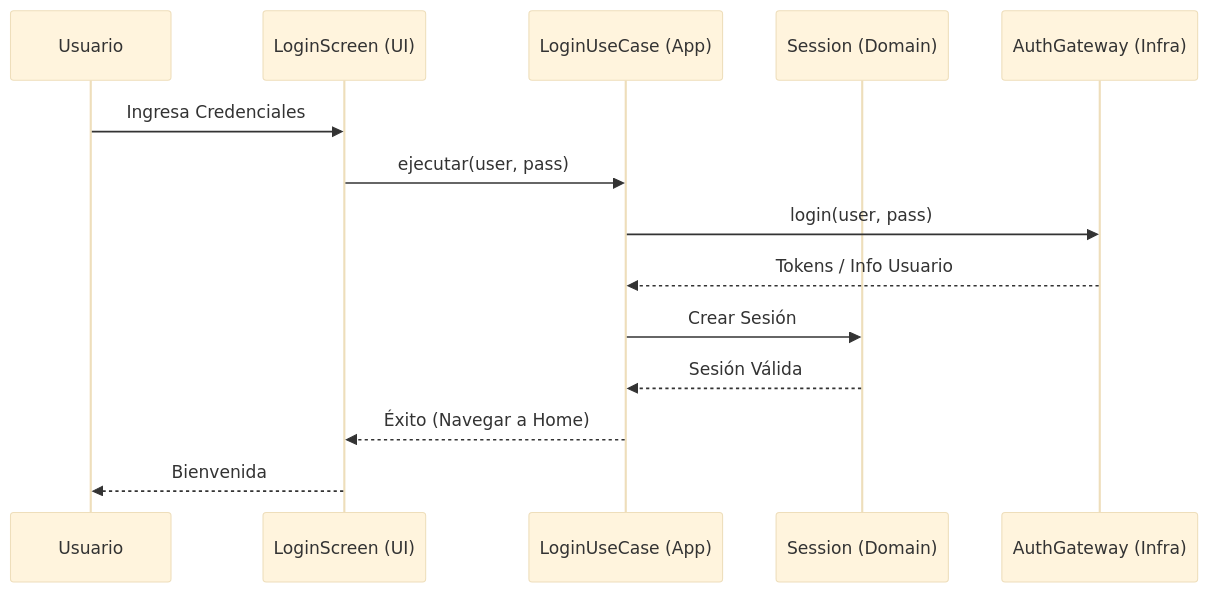
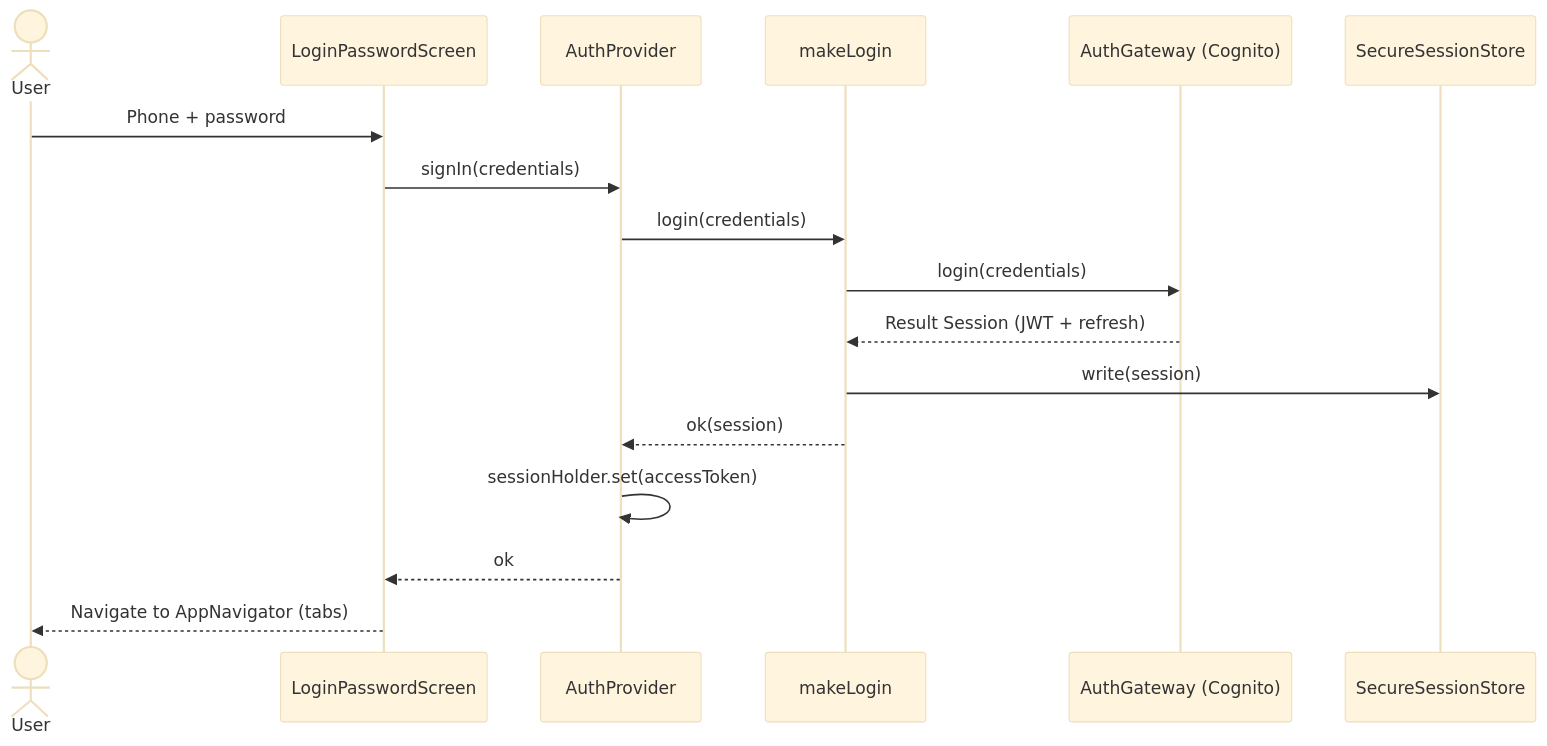
One commit to saulfrancoMeda/medda-app-v2 changed the third of 10 diagrams in README.md. Above: the diagram before and after it, drawn with Mermaid (base theme). The commit also changed other lines of this file, not shown here.

First line of the commit message:
chore: update README.md to reflect project rebranding and architecture details

````diff
--- a/README.md
+++ b/README.md
@@ -55,17 +301,20 @@
 ```mermaid
 sequenceDiagram
-    participant User as Usuario
-    participant UI as LoginScreen (UI)
-    participant UC as LoginUseCase (App)
-    participant Domain as Session (Domain)
-    participant Auth as AuthGateway (Infra)
+    actor U as User
+    participant UI as LoginPasswordScreen
+    participant Auth as AuthProvider
+    participant UC as makeLogin
+    participant GW as AuthGateway (Cognito)
+    participant SS as SecureSessionStore
 
-    User->>UI: Ingresa Credenciales
-    UI->>UC: ejecutar(user, pass)
-    UC->>Auth: login(user, pass)
-    Auth-->>UC: Tokens / Info Usuario
-    UC->>Domain: Crear Sesión
-    Domain-->>UC: Sesión Válida
-    UC-->>UI: Éxito (Navegar a Home)
-    UI-->>User: Bienvenida
+    U->>UI: Phone + password
+    UI->>Auth: signIn(credentials)
+    Auth->>UC: login(credentials)
+    UC->>GW: login(credentials)
+    GW-->>UC: Result Session (JWT + refresh)
+    UC->>SS: write(session)
+    UC-->>Auth: ok(session)
+    Auth->>Auth: sessionHolder.set(accessToken)
+    Auth-->>UI: ok
+    UI-->>U: Navigate to AppNavigator (tabs)
 ```
````
